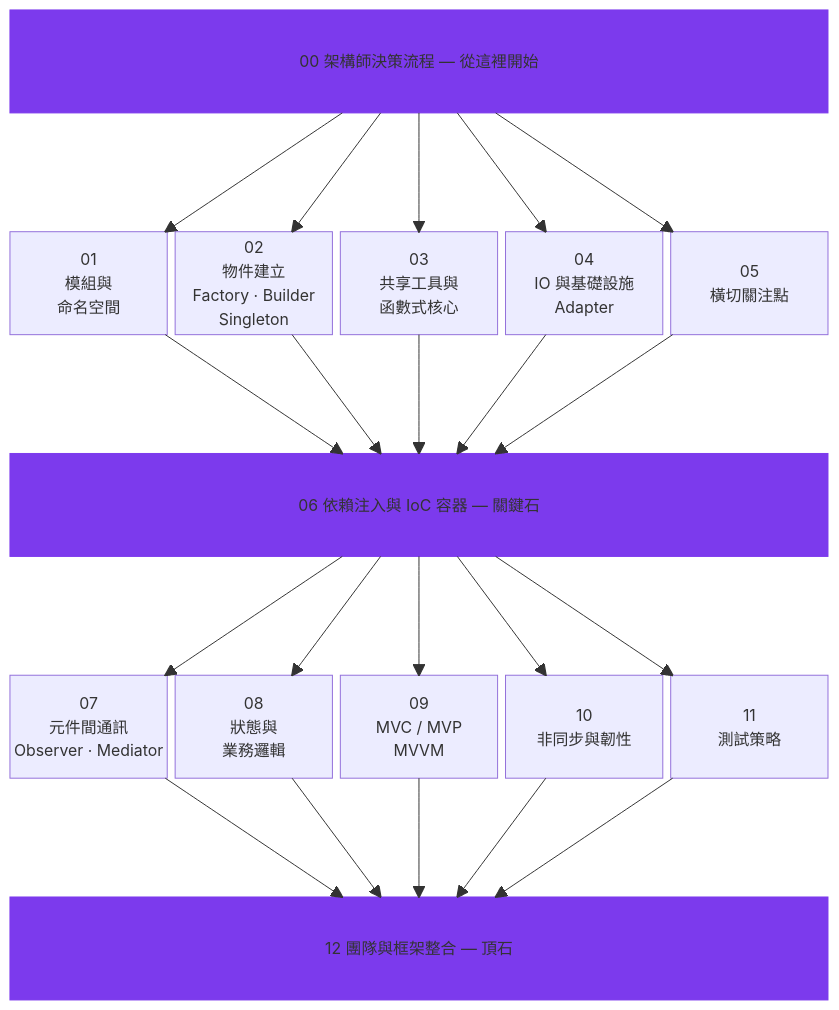
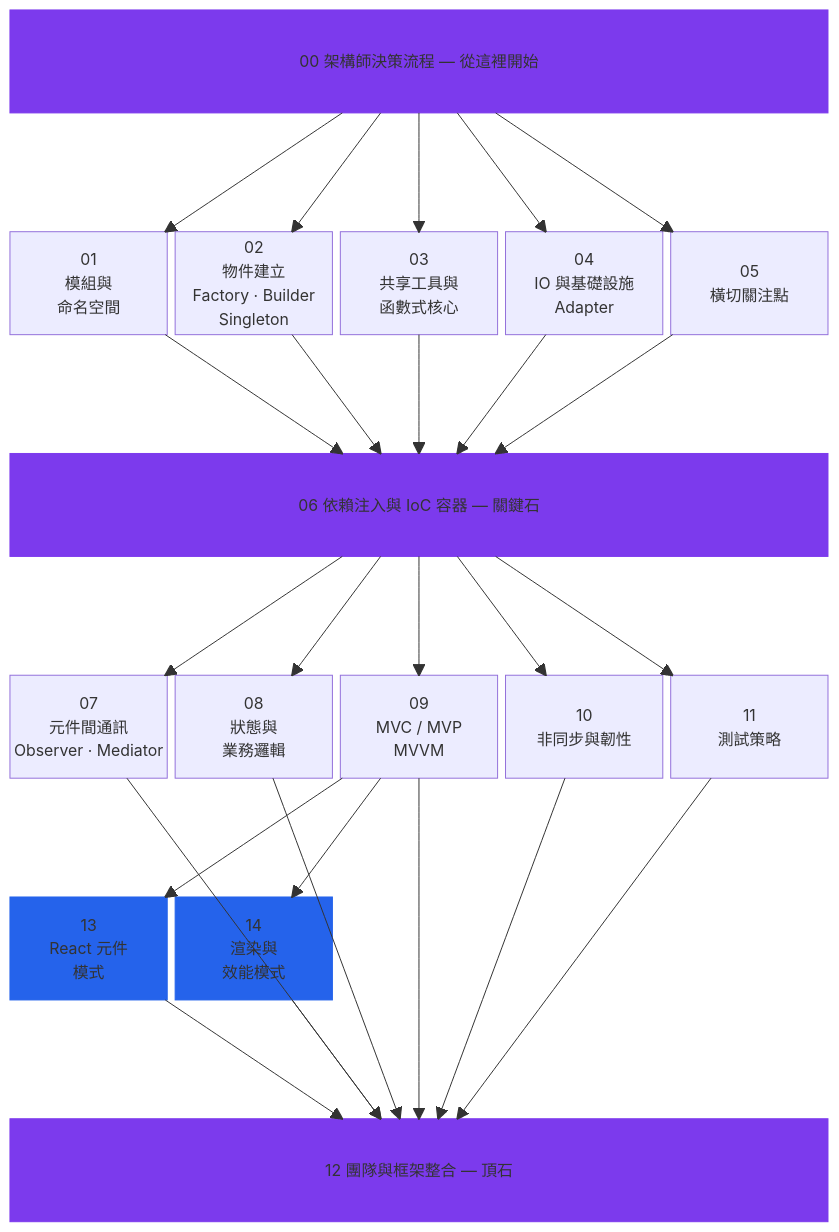
Before and after one commit to MattAtAIEra/Learning_JavaScript_Design_Pattern: the diagram in README_zh.md, drawn with Mermaid. The commit also changed other lines of this file and 21 other files, not shown here.

````diff
--- a/README_zh.md
+++ b/README_zh.md
@@ -69,47 +69,57 @@
 ```mermaid
 block-beta
   columns 5
 
   s00["00 架構師決策流程 — 從這裡開始"]:5
   space:5
   s01["01\n模組與\n命名空間"]
   s02["02\n物件建立\nFactory · Builder\nSingleton"]
   s03["03\n共享工具與\n函數式核心"]
   s04["04\nIO 與基礎設施\nAdapter"]
   s05["05\n橫切關注點"]
   space:5
   s06["06 依賴注入與 IoC 容器 — 關鍵石"]:5
   space:5
   s07["07\n元件間通訊\nObserver · Mediator"]
   s08["08\n狀態與\n業務邏輯"]
   s09["09\nMVC / MVP\nMVVM"]
   s10["10\n非同步與韌性"]
   s11["11\n測試策略"]
   space:5
+  s13["13\nReact 元件\n模式"]
+  s14["14\n渲染與\n效能模式"]
+  space space space
+  space:5
   s12["12 團隊與框架整合 — 頂石"]:5
 
   s00 --> s01
   s00 --> s02
   s00 --> s03
   s00 --> s04
   s00 --> s05
   s01 --> s06
   s02 --> s06
   s03 --> s06
   s04 --> s06
   s05 --> s06
   s06 --> s07
   s06 --> s08
   s06 --> s09
   s06 --> s10
   s06 --> s11
+  s09 --> s13
+  s09 --> s14
   s07 --> s12
   s08 --> s12
   s09 --> s12
   s10 --> s12
   s11 --> s12
+  s13 --> s12
+  s14 --> s12
 
   style s00 fill:#7c3aed,color:#fff,stroke:#7c3aed
   style s06 fill:#7c3aed,color:#fff,stroke:#7c3aed
   style s12 fill:#7c3aed,color:#fff,stroke:#7c3aed
+  style s13 fill:#2563eb,color:#fff,stroke:#2563eb
+  style s14 fill:#2563eb,color:#fff,stroke:#2563eb
 ```
````
